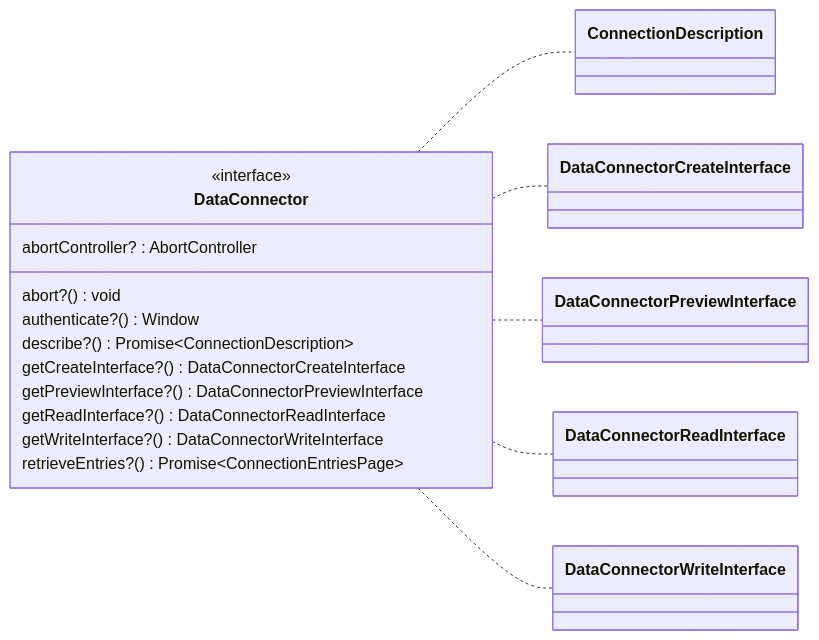
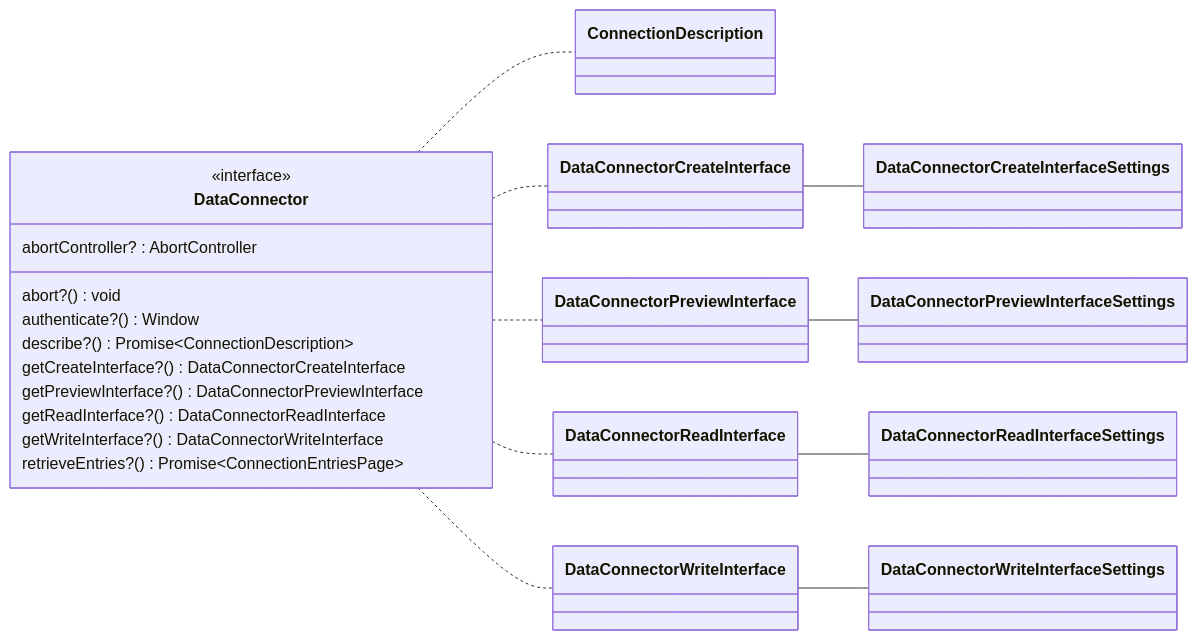
Before and after one commit to data-positioning/datapos-shared: the sixth of 14 diagrams in README.md, drawn with Mermaid. The commit also changed other lines of this file and 2 other files, not shown here.

````diff
--- a/README.md
+++ b/README.md
@@ -229,23 +229,27 @@
 ```mermaid
 classDiagram
     direction LR
 
     class DataConnector {
         <<interface>>
         abortController? :  AbortController
         abort?() void
         authenticate?() Window
         describe?() Promise~ConnectionDescription~
         getCreateInterface?() DataConnectorCreateInterface
         getPreviewInterface?() DataConnectorPreviewInterface
         getReadInterface?() DataConnectorReadInterface
         getWriteInterface?() DataConnectorWriteInterface
         retrieveEntries?() Promise~ConnectionEntriesPage~
     }
 
     DataConnector .. ConnectionDescription
     DataConnector .. DataConnectorCreateInterface
+    DataConnectorCreateInterface -- DataConnectorCreateInterfaceSettings
     DataConnector .. DataConnectorPreviewInterface
+    DataConnectorPreviewInterface -- DataConnectorPreviewInterfaceSettings
     DataConnector .. DataConnectorReadInterface
+    DataConnectorReadInterface -- DataConnectorReadInterfaceSettings
     DataConnector .. DataConnectorWriteInterface
+    DataConnectorWriteInterface -- DataConnectorWriteInterfaceSettings
 ```
````
